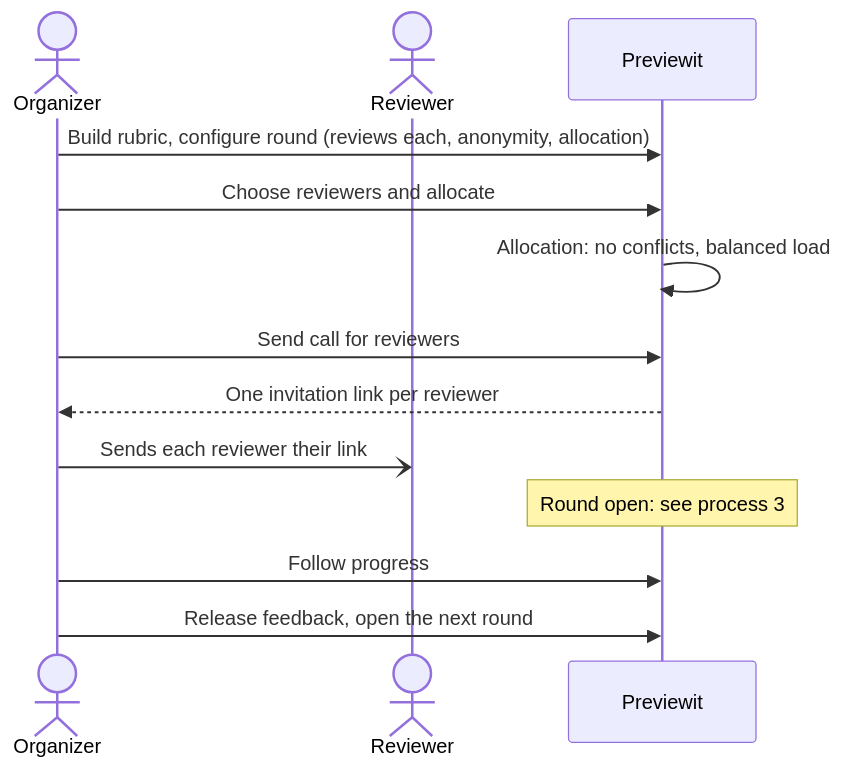
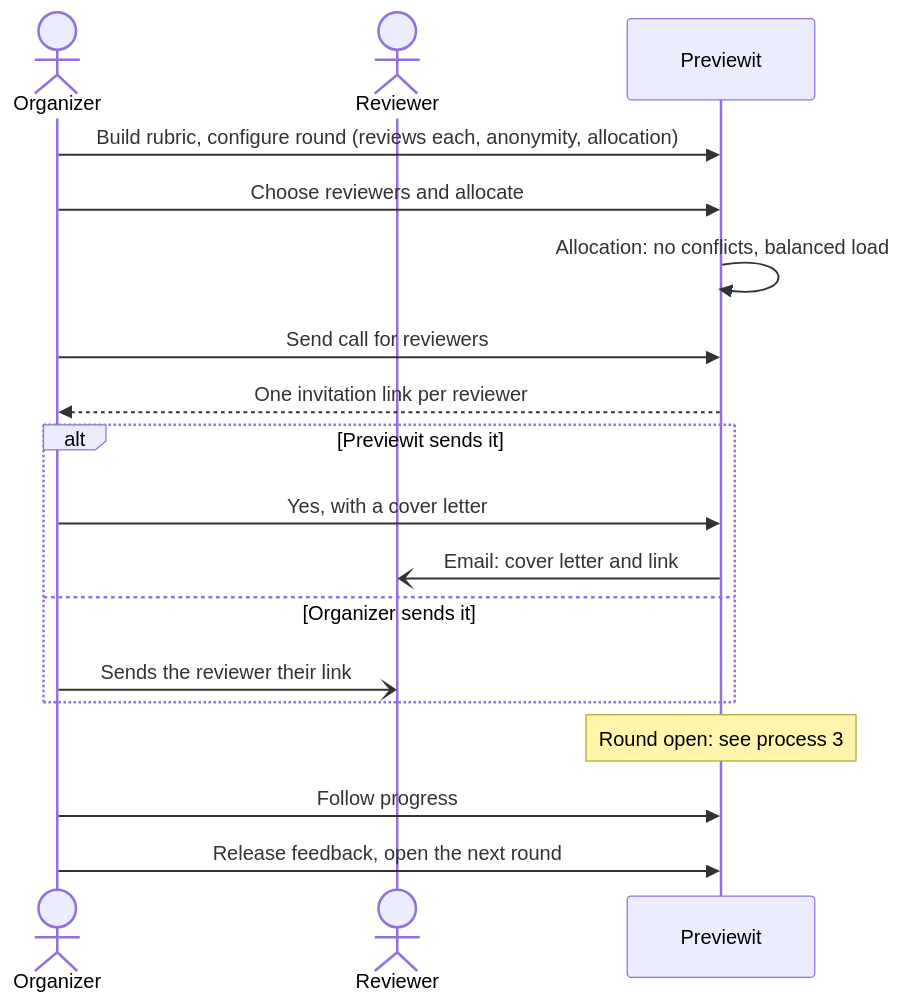
The second of 7 diagrams in docs/uml/behaviour.md (jaateixeira/prreview.it), drawn with Mermaid before and after one commit. The commit also changed 19 other files, not shown here.

First line of the commit message:
feat: Previewit can email the invitation with a cover letter; Review space in glossary

````diff
--- a/docs/uml/behaviour.md
+++ b/docs/uml/behaviour.md
@@ -29,16 +29,21 @@
 ```mermaid
 sequenceDiagram
     actor O as Organizer
     actor R as Reviewer
     participant P as Previewit
 
     O->>P: Build rubric, configure round (reviews each, anonymity, allocation)
     O->>P: Choose reviewers and allocate
     P->>P: Allocation: no conflicts, balanced load
     O->>P: Send call for reviewers
     P-->>O: One invitation link per reviewer
-    O-)R: Sends each reviewer their link
+    alt Previewit sends it
+        O->>P: Yes, with a cover letter
+        P-)R: Email: cover letter and link
+    else Organizer sends it
+        O-)R: Sends the reviewer their link
+    end
     Note over P: Round open: see process 3
     O->>P: Follow progress
     O->>P: Release feedback, open the next round
 ```
````
